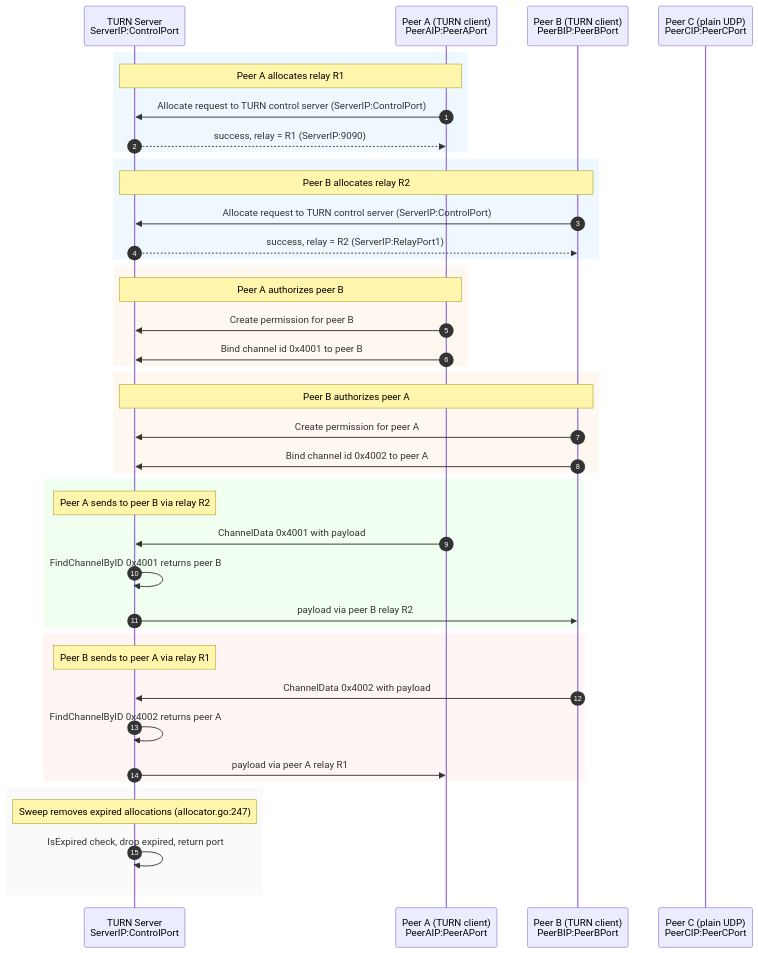
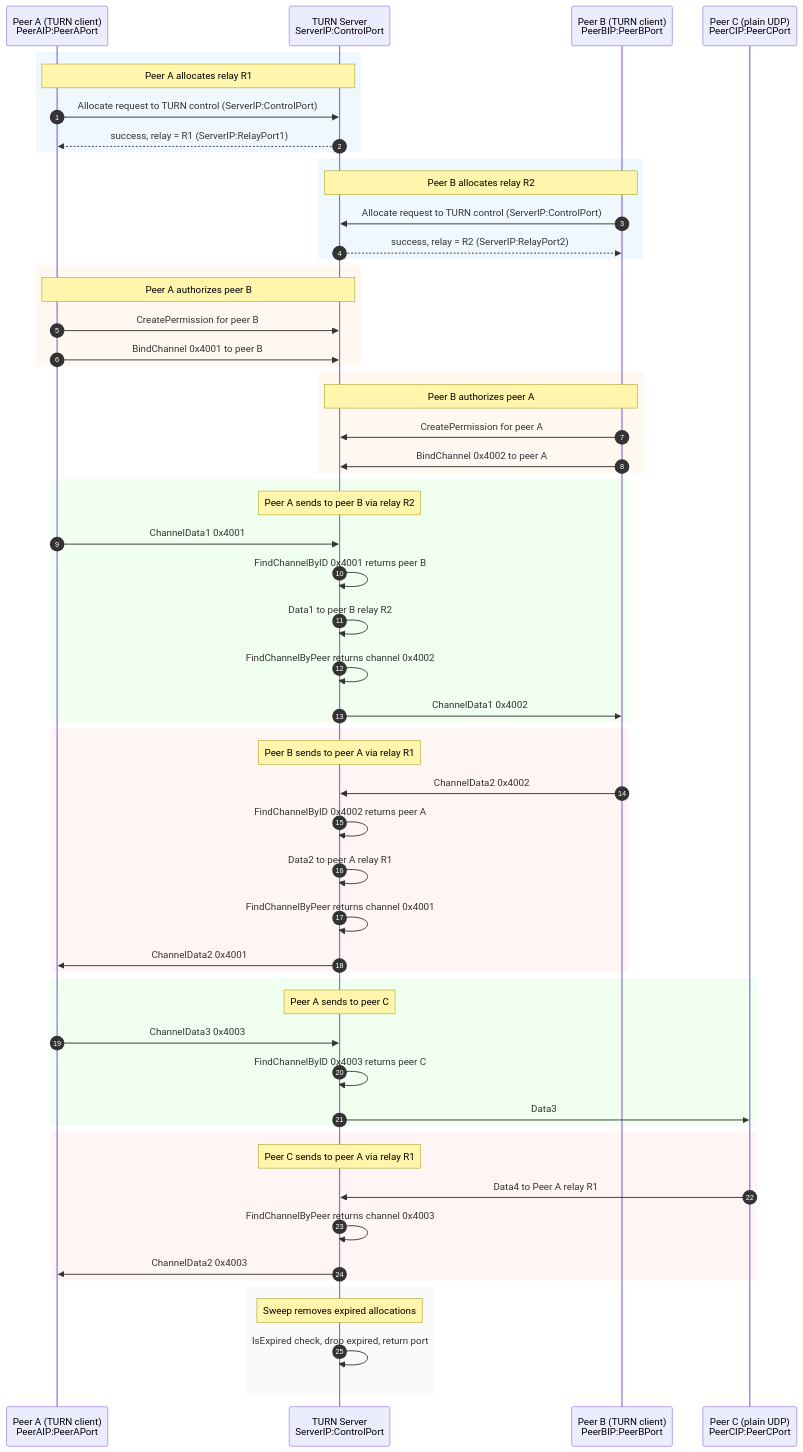
Before and after one commit to techunder/posts: the third of 4 diagrams in content/docs/10-rtc-intro/03-webrtc.md, drawn with Mermaid. The commit also changed other lines of this file, not shown here.

````diff
--- a/content/docs/10-rtc-intro/03-webrtc.md
+++ b/content/docs/10-rtc-intro/03-webrtc.md
@@ -351,51 +350,69 @@
 ```mermaid
 sequenceDiagram
     autonumber
+    participant A as Peer A (TURN client)<br/>PeerAIP:PeerAPort
     participant T as TURN Server<br/>ServerIP:ControlPort
-    participant A as Peer A (TURN client)<br/>PeerAIP:PeerAPort
     participant B as Peer B (TURN client)<br/>PeerBIP:PeerBPort
     participant C as Peer C (plain UDP)<br/>PeerCIP:PeerCPort
 
     rect rgb(240, 248, 255)
     Note over A,T: Peer A allocates relay R1
-    A->>T: Allocate request to TURN control server (ServerIP:ControlPort)
-    T-->>A: success, relay = R1 (ServerIP:9090)
+    A->>T: Allocate request to TURN control (ServerIP:ControlPort)
+    T-->>A: success, relay = R1 (ServerIP:RelayPort1)
     end
 
     rect rgb(240, 248, 255)
     Note over B,T: Peer B allocates relay R2
-    B->>T: Allocate request to TURN control server (ServerIP:ControlPort)
-    T-->>B: success, relay = R2 (ServerIP:RelayPort1)
+    B->>T: Allocate request to TURN control (ServerIP:ControlPort)
+    T-->>B: success, relay = R2 (ServerIP:RelayPort2)
     end
 
     rect rgb(255, 248, 240)
     Note over A,T: Peer A authorizes peer B
-    A->>T: Create permission for peer B
-    A->>T: Bind channel id 0x4001 to peer B
+    A->>T: CreatePermission for peer B
+    A->>T: BindChannel 0x4001 to peer B
     end
 
     rect rgb(255, 248, 240)
     Note over B,T: Peer B authorizes peer A
-    B->>T: Create permission for peer A
-    B->>T: Bind channel id 0x4002 to peer A
+    B->>T: CreatePermission for peer A
+    B->>T: BindChannel 0x4002 to peer A
     end
 
     rect rgb(240, 255, 240)
     Note over T: Peer A sends to peer B via relay R2
-    A->>T: ChannelData 0x4001 with payload
+    A->>T: ChannelData1 0x4001
     T->>T: FindChannelByID 0x4001 returns peer B
-    T->>B: payload via peer B relay R2
+    T->>T: Data1 to peer B relay R2
+    T->>T: FindChannelByPeer returns channel 0x4002
+    T->>B: ChannelData1 0x4002
     end
 
     rect rgb(255, 245, 245)
     Note over T: Peer B sends to peer A via relay R1
-    B->>T: ChannelData 0x4002 with payload
+    B->>T: ChannelData2 0x4002
     T->>T: FindChannelByID 0x4002 returns peer A
-    T->>A: payload via peer A relay R1
+    T->>T: Data2 to peer A relay R1
+    T->>T: FindChannelByPeer returns channel 0x4001
+    T->>A: ChannelData2 0x4001
+    end
+
+    rect rgb(240, 255, 240)
+    Note over T: Peer A sends to peer C
+    A->>T: ChannelData3 0x4003
+    T->>T: FindChannelByID 0x4003 returns peer C
+    T->>C: Data3
+    end
+
+    rect rgb(255, 245, 245)
+    Note over T: Peer C sends to peer A via relay R1
+    C->>T: Data4 to Peer A relay R1
+    T->>T: FindChannelByPeer returns channel 0x4003
+    T->>A: ChannelData2 0x4003
     end
 
     rect rgb(250, 250, 250)
-    Note over T: Sweep removes expired allocations (allocator.go:247)
+    Note over T: Sweep removes expired allocations
     T->>T: IsExpired check, drop expired, return port
     end
 ```
````
